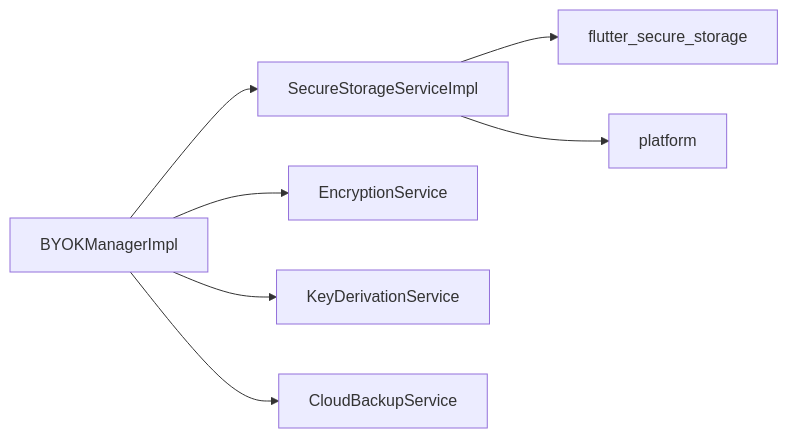
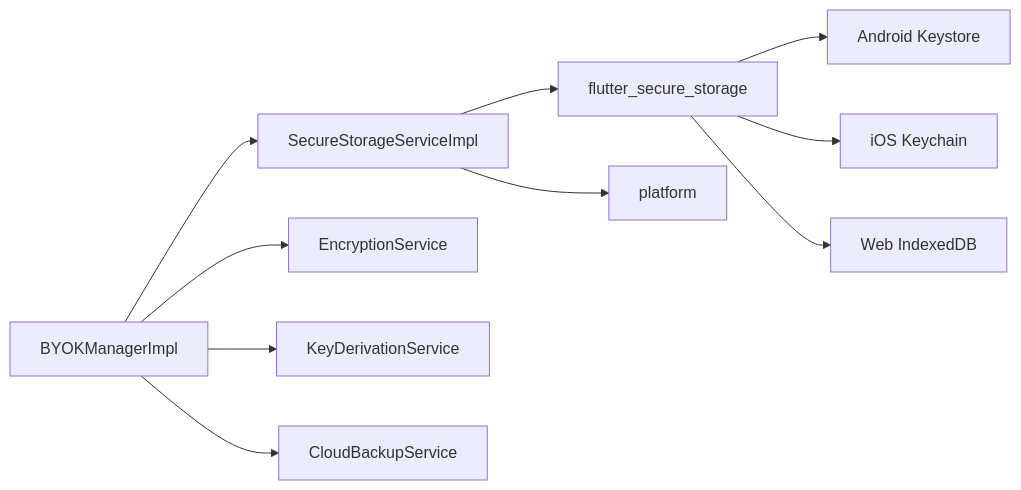
The sixth of 6 diagrams in .qoder/repowiki/en/content/Core Services/Secure Storage Service.md (JAaron93/StyleSync), drawn with Mermaid before and after one commit. The commit also changed other lines of this file and 36 other files, not shown here.

````diff
--- a/.qoder/repowiki/en/content/Core Services/Secure Storage Service.md
+++ b/.qoder/repowiki/en/content/Core Services/Secure Storage Service.md
@@ -249,9 +395,12 @@
 ```mermaid
 graph LR
 SSI["SecureStorageServiceImpl"] --> FSS["flutter_secure_storage"]
 SSI --> P["platform"]
 BYOK["BYOKManagerImpl"] --> SSI
 BYOK --> ENC["EncryptionService"]
 BYOK --> KDF["KeyDerivationService"]
 BYOK --> CBS["CloudBackupService"]
+FSS --> ANDROID["Android Keystore"]
+FSS --> IOS["iOS Keychain"]
+FSS --> WEB["Web IndexedDB"]
 ```
````
